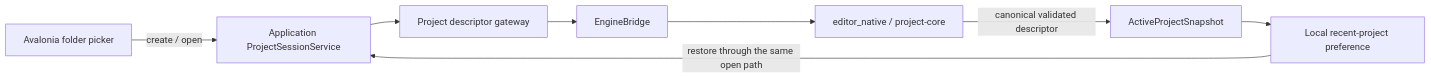
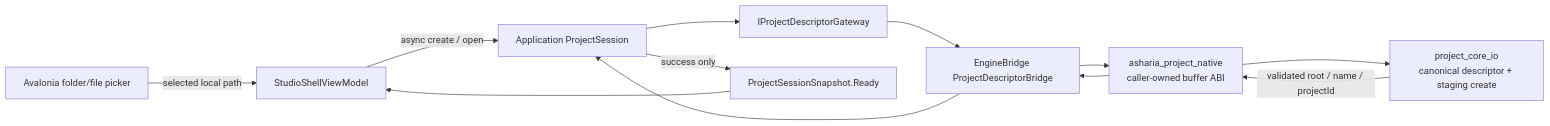
Before and after one commit to 66six11/Engine: the eighth of 23 diagrams in docs/architecture/flow.md, drawn with Mermaid. The commit also changed other lines of this file and 51 other files, not shown here.

Commit message:
feat: add canonical Studio project sessions

````diff
--- a/docs/architecture/flow.md
+++ b/docs/architecture/flow.md
@@ -546,18 +554,23 @@
 ```mermaid
 flowchart LR
-    Picker["Avalonia folder picker"]
-    Session["Application ProjectSessionService"]
-    Gateway["Project descriptor gateway"]
-    Bridge["EngineBridge"]
-    Native["editor_native / project-core"]
-    Active["ActiveProjectSnapshot"]
-    Recent["Local recent-project preference"]
+    Picker["Avalonia folder/file picker"]
+    VM["StudioShellViewModel"]
+    Session["Application ProjectSession"]
+    Port["IProjectDescriptorGateway"]
+    Bridge["EngineBridge ProjectDescriptorBridge"]
+    Native["asharia_project_native<br/>caller-owned buffer ABI"]
+    Core["project_core_io<br/>canonical descriptor + staging create"]
+    Active["ProjectSessionSnapshot.Ready"]
 
-    Picker -->|"create / open"| Session
-    Session --> Gateway
-    Gateway --> Bridge
+    Picker -->|"selected local path"| VM
+    VM -->|"async create / open"| Session
+    Session --> Port
+    Port --> Bridge
     Bridge --> Native
-    Native -->|"canonical validated descriptor"| Active
-    Active --> Recent
-    Recent -->|"restore through the same open path"| Session
+    Native --> Core
+    Core -->|"validated root / name / projectId"| Native
+    Native --> Bridge
+    Bridge --> Session
+    Session -->|"success only"| Active
+    Active --> VM
 ```
````
